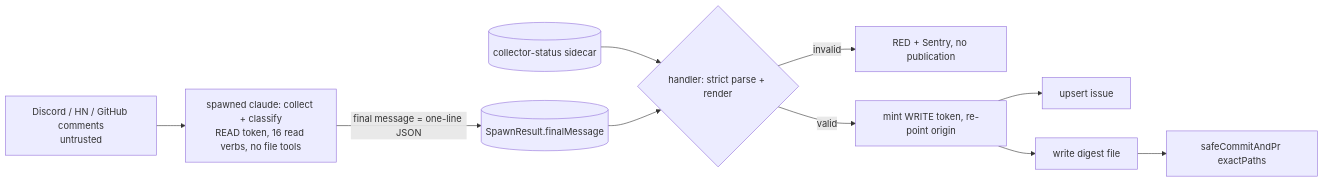
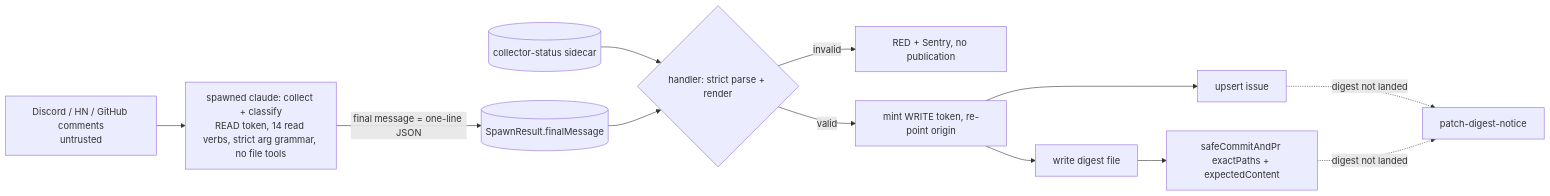
The diagram in knowledge-base/engineering/architecture/decisions/ADR-272-schema-constrained-handler-side-publication.md (jikig-ai/soleur), drawn with Mermaid before and after one commit. The commit also changed other lines of this file and 15 other files, not shown here.

````diff
--- a/knowledge-base/engineering/architecture/decisions/ADR-272-schema-constrained-handler-side-publication.md
+++ b/knowledge-base/engineering/architecture/decisions/ADR-272-schema-constrained-handler-side-publication.md
@@ -187,12 +289,14 @@
 ```mermaid
 flowchart LR
-  D[Discord / HN / GitHub comments<br/>untrusted] --> C[spawned claude: collect + classify<br/>READ token, 16 read verbs, no file tools]
+  D[Discord / HN / GitHub comments<br/>untrusted] --> C[spawned claude: collect + classify<br/>READ token, 14 read verbs, strict arg grammar, no file tools]
   C -->|final message = one-line JSON| S[(SpawnResult.finalMessage)]
   K[(collector-status sidecar)] --> V
   S --> V{handler: strict parse + render}
   V -- invalid --> R[RED + Sentry, no publication]
   V -- valid --> W[mint WRITE token, re-point origin]
   W --> I[upsert issue]
   W --> F[write digest file]
-  F --> P[safeCommitAndPr exactPaths]
+  F --> P[safeCommitAndPr exactPaths + expectedContent]
+  I -. digest not landed .-> N[patch-digest-notice]
+  P -. digest not landed .-> N
 ```
````
